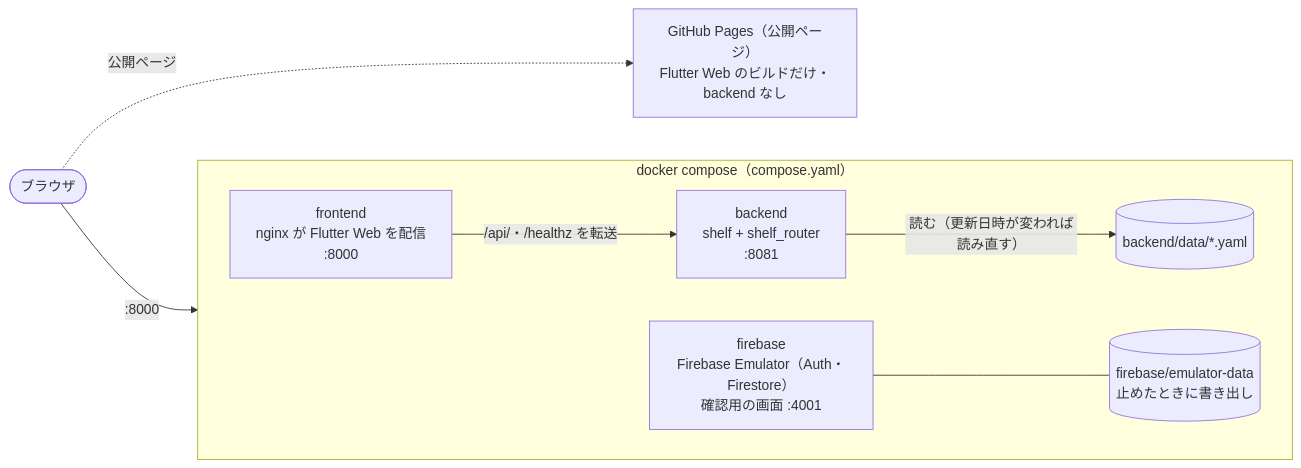
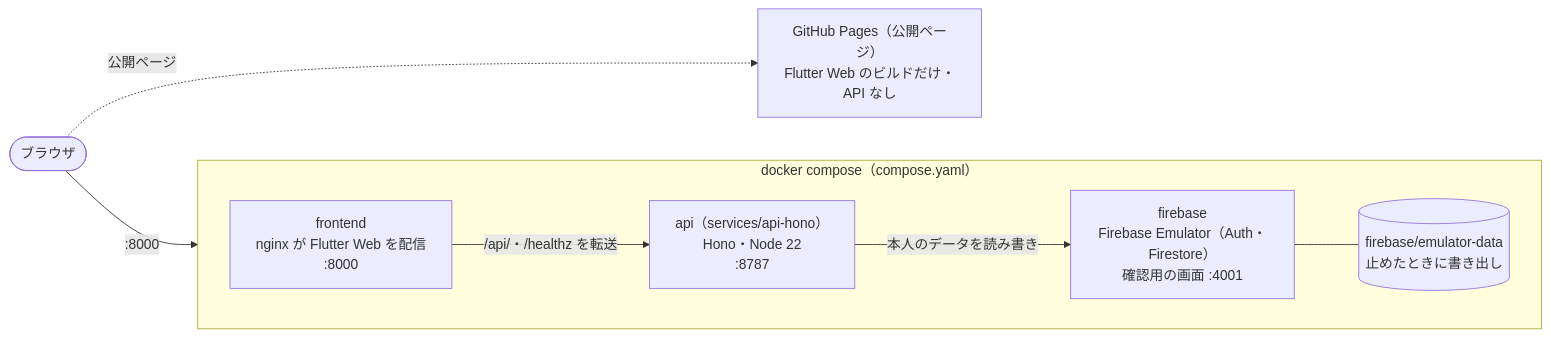
One commit to sigu-f7a231/dev-portfolio-site changed the first of 3 diagrams in docs/design.md. Above: the diagram before and after it, drawn with Mermaid. The commit also changed other lines of this file and 72 other files, not shown here.

First line of the commit message:
Hono の API（services/api-hono）を追加し、shelf の backend を削除

````diff
--- a/docs/design.md
+++ b/docs/design.md
@@ -8,18 +8,17 @@
 ```mermaid
 flowchart LR
   user(["ブラウザ"])
   subgraph compose["docker compose（compose.yaml）"]
     direction LR
     fe["frontend<br/>nginx が Flutter Web を配信<br/>:8000"]
-    be["backend<br/>shelf + shelf_router<br/>:8081"]
-    data[("backend/data/*.yaml")]
+    be["api（services/api-hono）<br/>Hono・Node 22<br/>:8787"]
     fe -- "/api/・/healthz を転送" --> be
-    be -- "読む（更新日時が変われば読み直す）" --> data
+    be -- "本人のデータを読み書き" --> emu
     emu["firebase<br/>Firebase Emulator（Auth・Firestore）<br/>確認用の画面 :4001"]
     edata[("firebase/emulator-data<br/>止めたときに書き出し")]
     emu --- edata
   end
   user -- ":8000" --> fe
-  pages["GitHub Pages（公開ページ）<br/>Flutter Web のビルドだけ・backend なし"]
+  pages["GitHub Pages（公開ページ）<br/>Flutter Web のビルドだけ・API なし"]
   user -. "公開ページ" .-> pages
 ```
````
